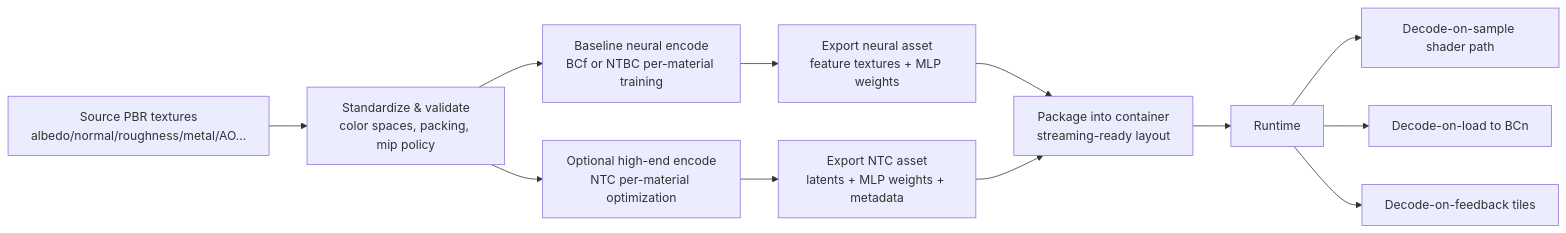
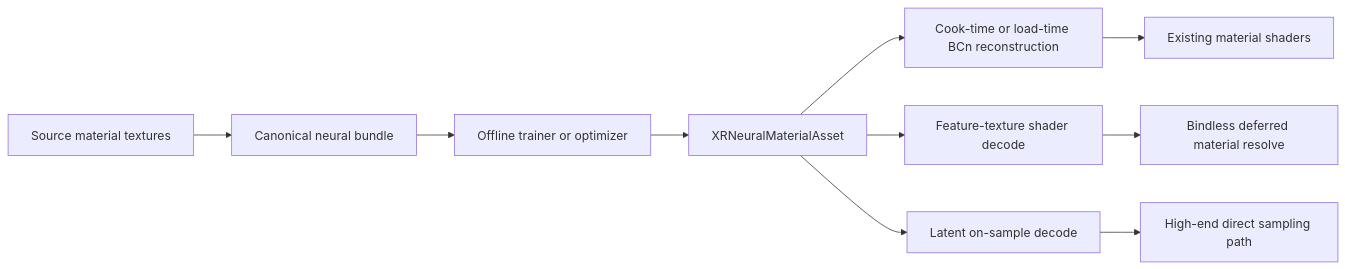
One commit to BlackJaxDev/XRENGINE changed the diagram in docs/work/design/neural texture compression.md. Above: the diagram before and after it, drawn with Mermaid. The commit also changed other lines of this file and 27 other files, not shown here.

````diff
--- a/docs/work/design/neural texture compression.md
+++ b/docs/work/design/neural texture compression.md
@@ -197,14 +175,12 @@
 ```mermaid
 flowchart LR
-  A[Source PBR textures<br/>albedo/normal/roughness/metal/AO...] --> B[Standardize & validate<br/>color spaces, packing, mip policy]
-  B --> C1[Baseline neural encode<br/>BCf or NTBC per-material training]
-  B --> C2[Optional high-end encode<br/>NTC per-material optimization]
-  C1 --> D1[Export neural asset<br/>feature textures + MLP weights]
-  C2 --> D2[Export NTC asset<br/>latents + MLP weights + metadata]
-  D1 --> E[Package into container<br/>streaming-ready layout]
-  D2 --> E
-  E --> F[Runtime]
-  F --> G1[Decode-on-sample shader path]
-  F --> G2[Decode-on-load to BCn]
-  F --> G3[Decode-on-feedback tiles]
+  A[Source material textures] --> B[Canonical neural bundle]
+  B --> C[Offline trainer or optimizer]
+  C --> D[XRNeuralMaterialAsset]
+  D --> E1[Cook-time or load-time BCn reconstruction]
+  D --> E2[Feature-texture shader decode]
+  D --> E3[Latent on-sample decode]
+  E1 --> F[Existing material shaders]
+  E2 --> G[Bindless deferred material resolve]
+  E3 --> H[High-end direct sampling path]
 ```
````
